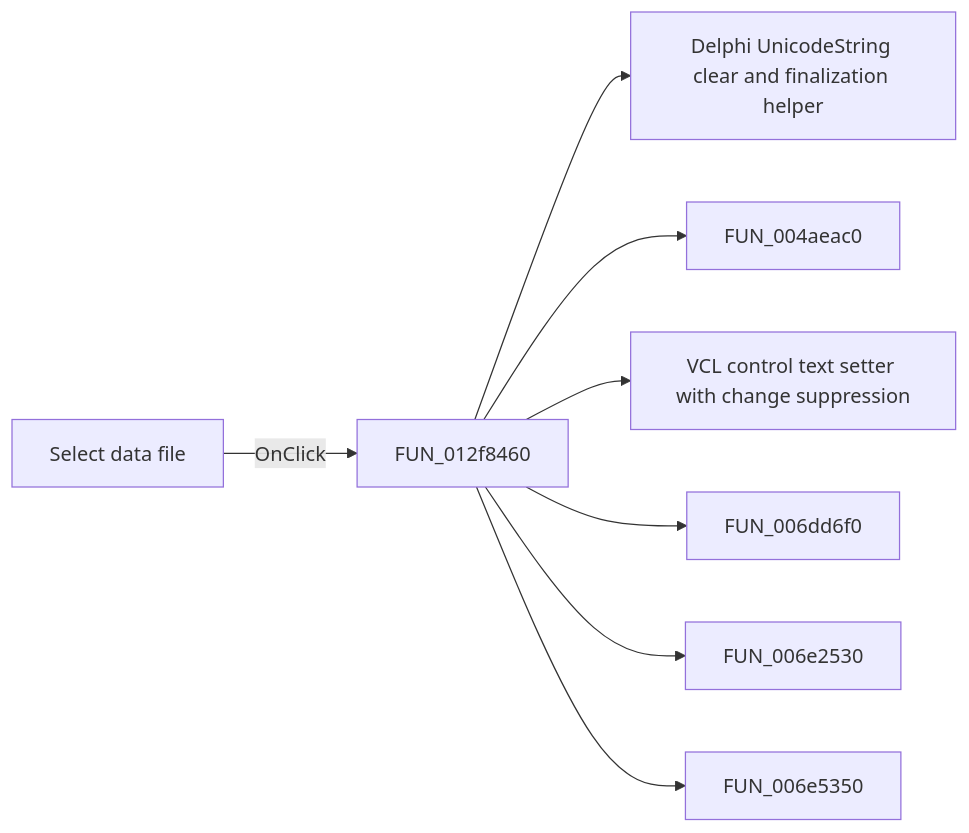
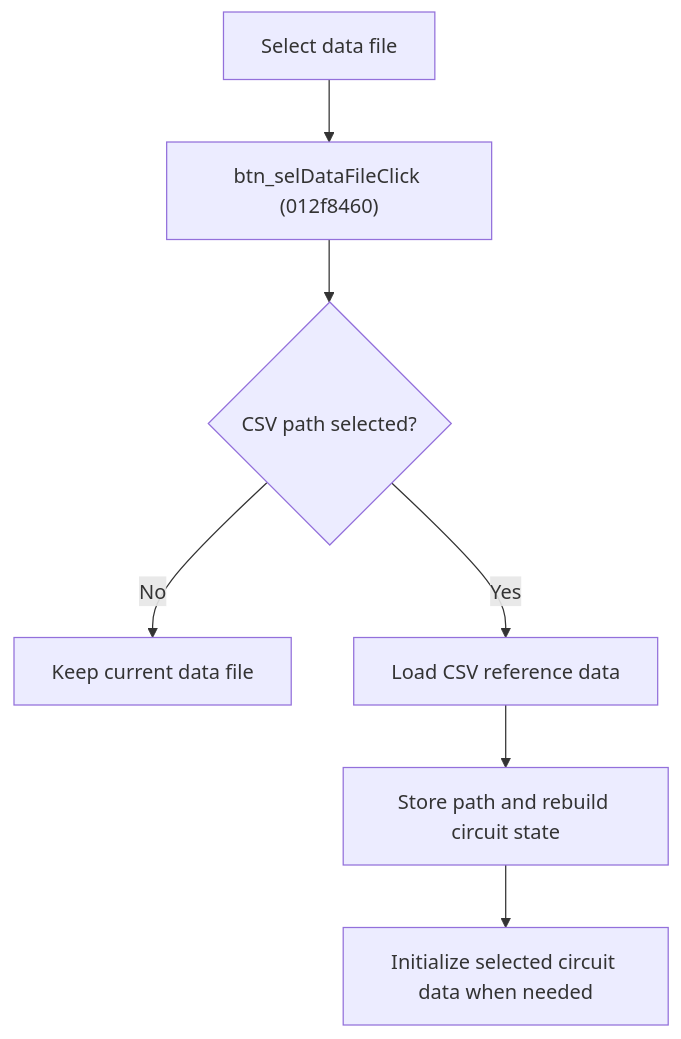
Before and after one commit to MovGP0/TIARA: the diagram in docs/ui-controls/frmmodeltestbencheditor/btn-seldatafile-2688f5d4fd.md, drawn with Mermaid. The commit also changed other lines of this file and 387 other files, not shown here.

````diff
--- a/docs/ui-controls/frmmodeltestbencheditor/btn-seldatafile-2688f5d4fd.md
+++ b/docs/ui-controls/frmmodeltestbencheditor/btn-seldatafile-2688f5d4fd.md
@@ -27,10 +29,9 @@
 ```mermaid
-flowchart LR
-    control["Select data file"] -->|OnClick| handler["FUN_012f8460"]
-    handler --> call1["Delphi UnicodeString clear and finalization helper"]
-    handler --> call2["FUN_004aeac0"]
-    handler --> call3["VCL control text setter with change suppression"]
-    handler --> call4["FUN_006dd6f0"]
-    handler --> call5["FUN_006e2530"]
-    handler --> call6["FUN_006e5350"]
+flowchart TD
+    control["Select data file"] --> handler["btn_selDataFileClick (012f8460)"]
+    handler --> selected{"CSV path selected?"}
+    selected -->|No| stop["Keep current data file"]
+    selected -->|Yes| load["Load CSV reference data"]
+    load --> state["Store path and rebuild circuit state"]
+    state --> init["Initialize selected circuit data when needed"]
 ```
````
